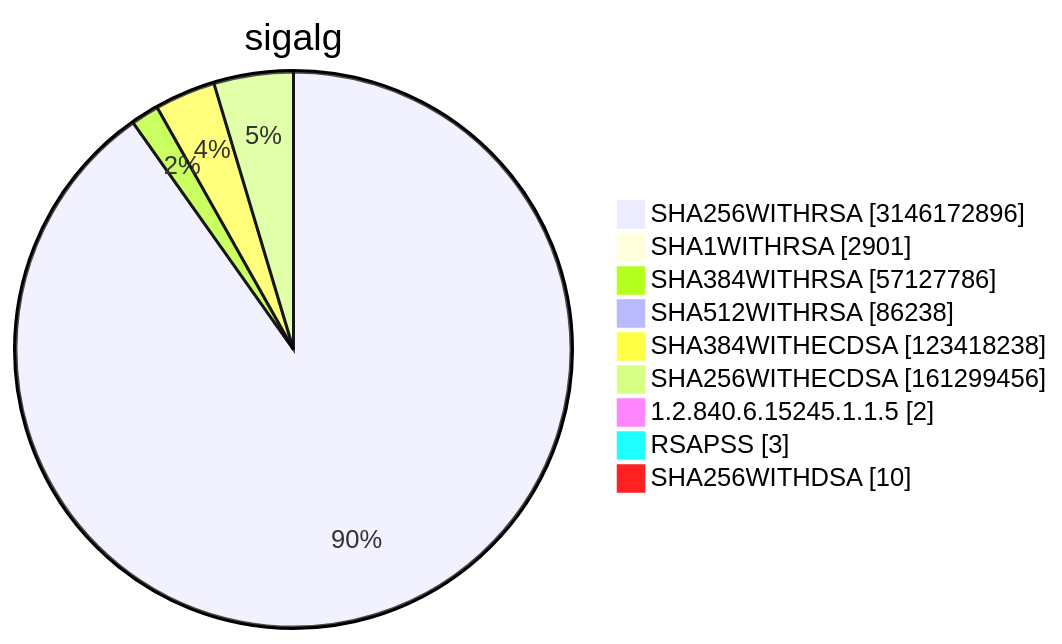
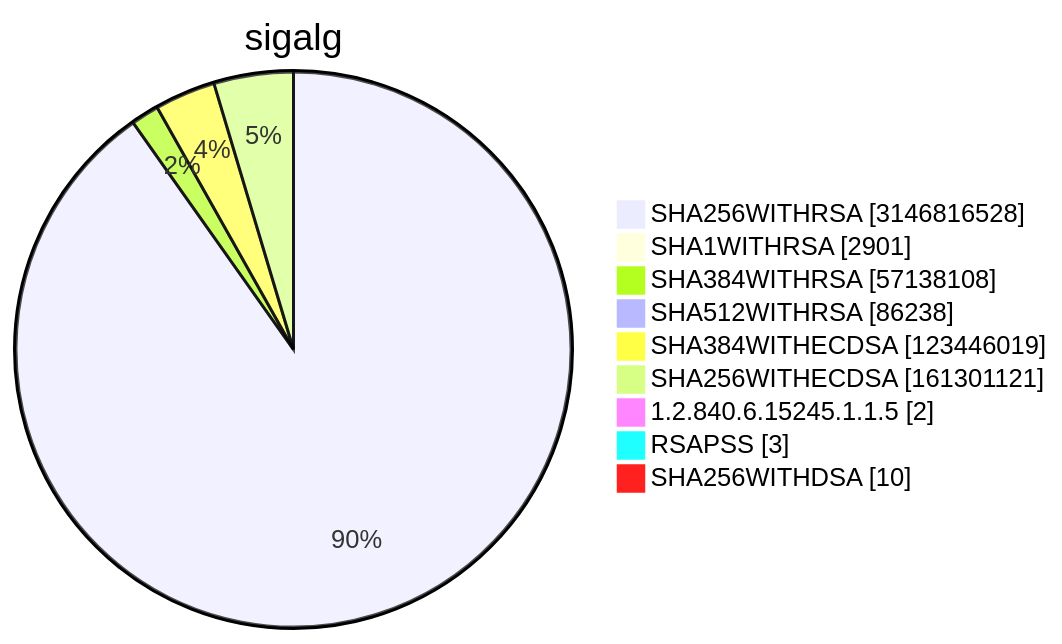
Diagram 15 of 15 in TOTAL/README.md (christiankrug/ctmonitor_visualization), drawn with Mermaid before and after one commit. The commit also changed other lines of this file, not shown here.

````diff
--- a/TOTAL/README.md
+++ b/TOTAL/README.md
@@ -6213,13 +6213,13 @@
 ```mermaid
 pie showData
 title sigalg
-"SHA256WITHRSA" :3146172896
+"SHA256WITHRSA" :3146816528
 "SHA1WITHRSA" :2901
-"SHA384WITHRSA" :57127786
+"SHA384WITHRSA" :57138108
 "SHA512WITHRSA" :86238
-"SHA384WITHECDSA" :123418238
-"SHA256WITHECDSA" :161299456
+"SHA384WITHECDSA" :123446019
+"SHA256WITHECDSA" :161301121
 "1.2.840.6.15245.1.1.5" :2
 "RSAPSS" :3
 "SHA256WITHDSA" :10
 ```
````
